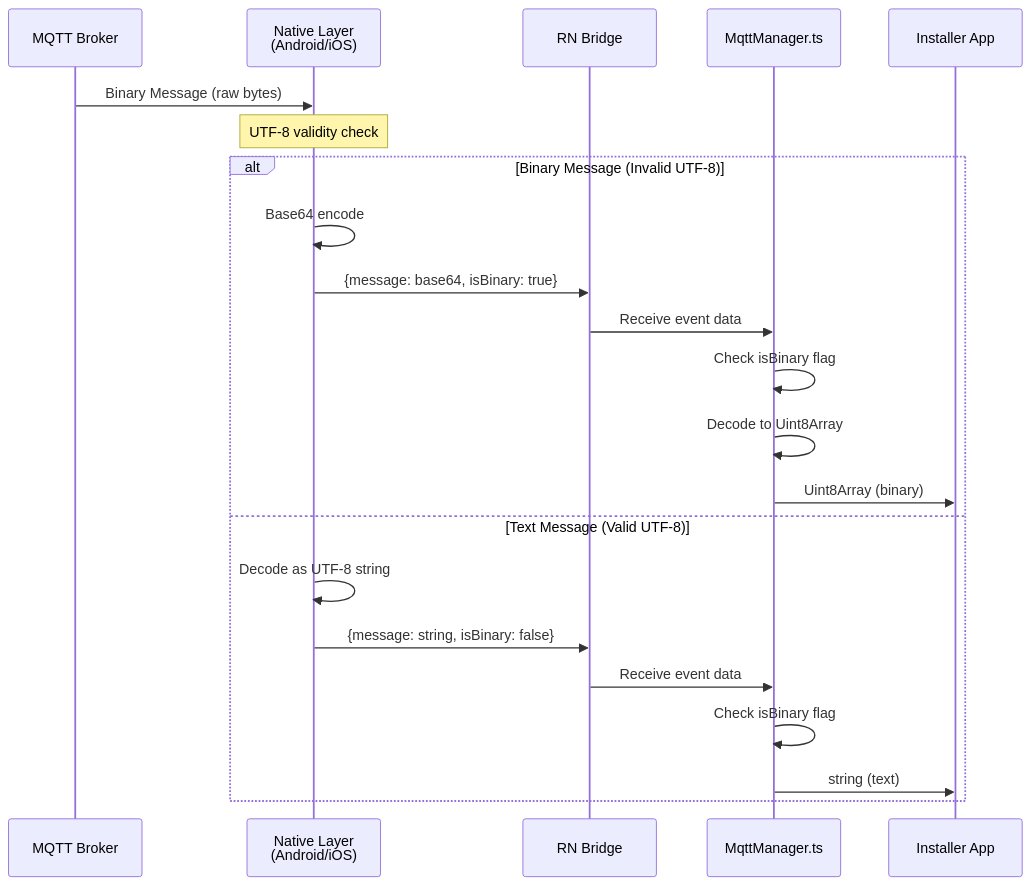
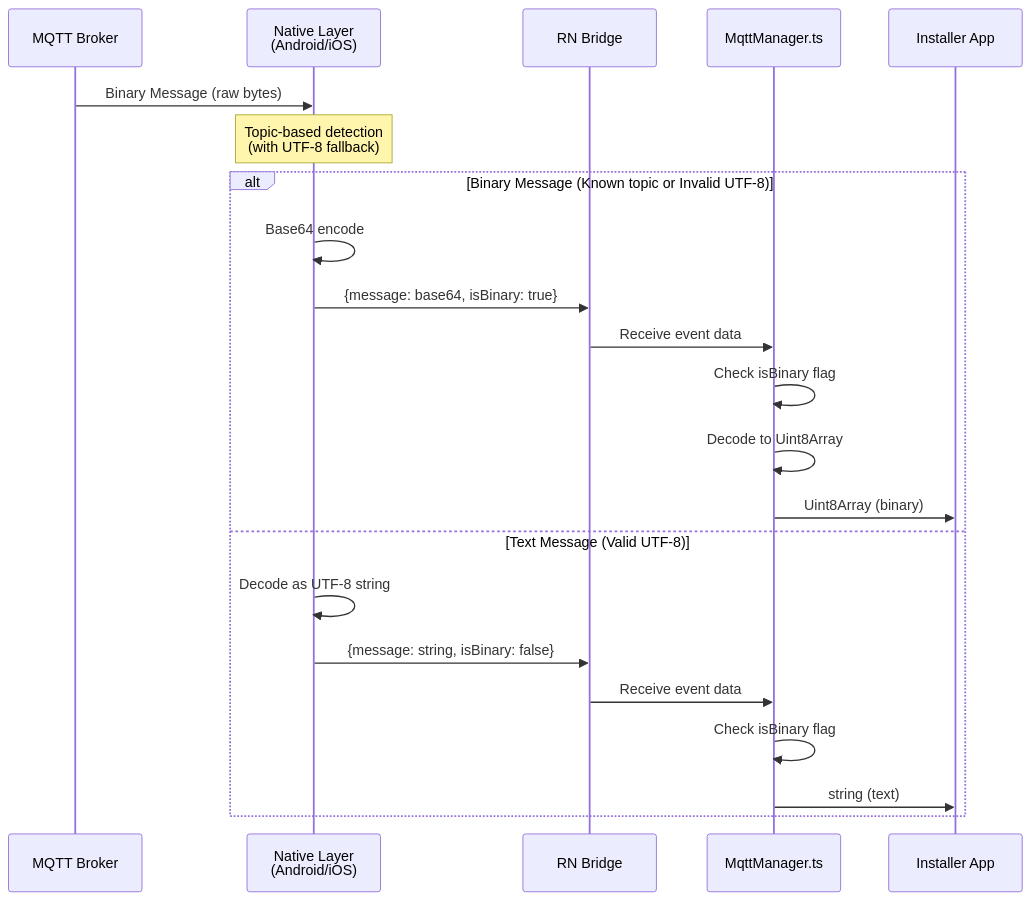
One commit to generacclean/react-native-mqtt-mtls changed the second of 9 diagrams in MQTT_ARCHITECTURE.md. Above: the diagram before and after it, drawn with Mermaid. The commit also changed other lines of this file, not shown here.

````diff
--- a/MQTT_ARCHITECTURE.md
+++ b/MQTT_ARCHITECTURE.md
@@ -117,26 +117,26 @@
 ```mermaid
 sequenceDiagram
     participant Broker as MQTT Broker
     participant Native as Native Layer<br/>(Android/iOS)
     participant Bridge as RN Bridge
     participant Manager as MqttManager.ts
     participant App as Installer App
     
     Broker->>Native: Binary Message (raw bytes)
-    Note over Native: UTF-8 validity check
+    Note over Native: Topic-based detection<br/>(with UTF-8 fallback)
     
-    alt Binary Message (Invalid UTF-8)
+    alt Binary Message (Known topic or Invalid UTF-8)
         Native->>Native: Base64 encode
         Native->>Bridge: {message: base64, isBinary: true}
         Bridge->>Manager: Receive event data
         Manager->>Manager: Check isBinary flag
         Manager->>Manager: Decode to Uint8Array
         Manager->>App: Uint8Array (binary)
     else Text Message (Valid UTF-8)
         Native->>Native: Decode as UTF-8 string
         Native->>Bridge: {message: string, isBinary: false}
         Bridge->>Manager: Receive event data
         Manager->>Manager: Check isBinary flag
         Manager->>App: string (text)
     end
 ```
````
